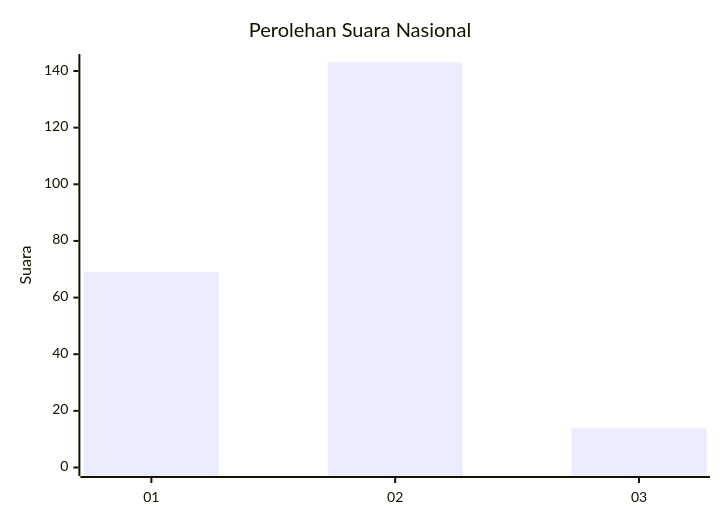
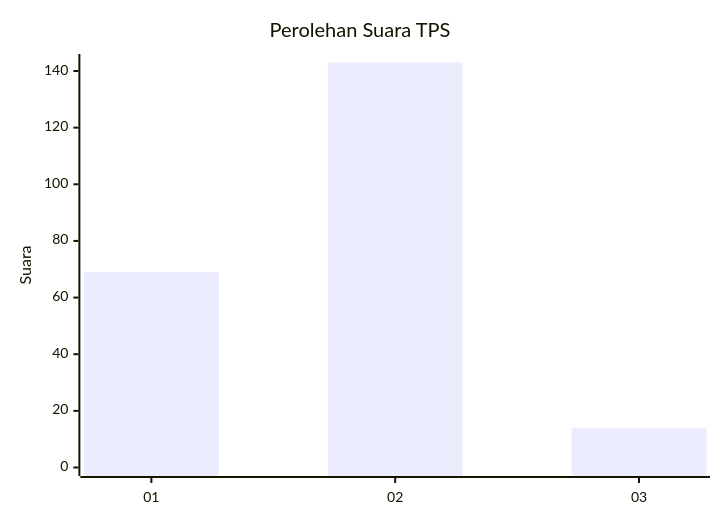
One commit to gigit-pemilu/pemilu-2024-62-kalimantan-tengah changed the first of 2 diagrams in pilpres/hitung-suara/sub/62-kalimantan-tengah/sub/03-kapuas/sub/08-basarang/sub/2007-lunuk-ramba/sub/003-tps/README.md. Above: the diagram before and after it, drawn with Mermaid. The commit also changed other lines of this file and 5266 other files, not shown here.

````diff
--- a/pilpres/hitung-suara/sub/62-kalimantan-tengah/sub/03-kapuas/sub/08-basarang/sub/2007-lunuk-ramba/sub/003-tps/README.md
+++ b/pilpres/hitung-suara/sub/62-kalimantan-tengah/sub/03-kapuas/sub/08-basarang/sub/2007-lunuk-ramba/sub/003-tps/README.md
@@ -5,7 +5,7 @@
 ```mermaid
 xychart-beta
-    title "Perolehan Suara Nasional"
+    title "Perolehan Suara TPS"
     x-axis [01, 02, 03]
     y-axis "Suara" 0 --> 143
     bar [69, 143, 14]
 ```
````
